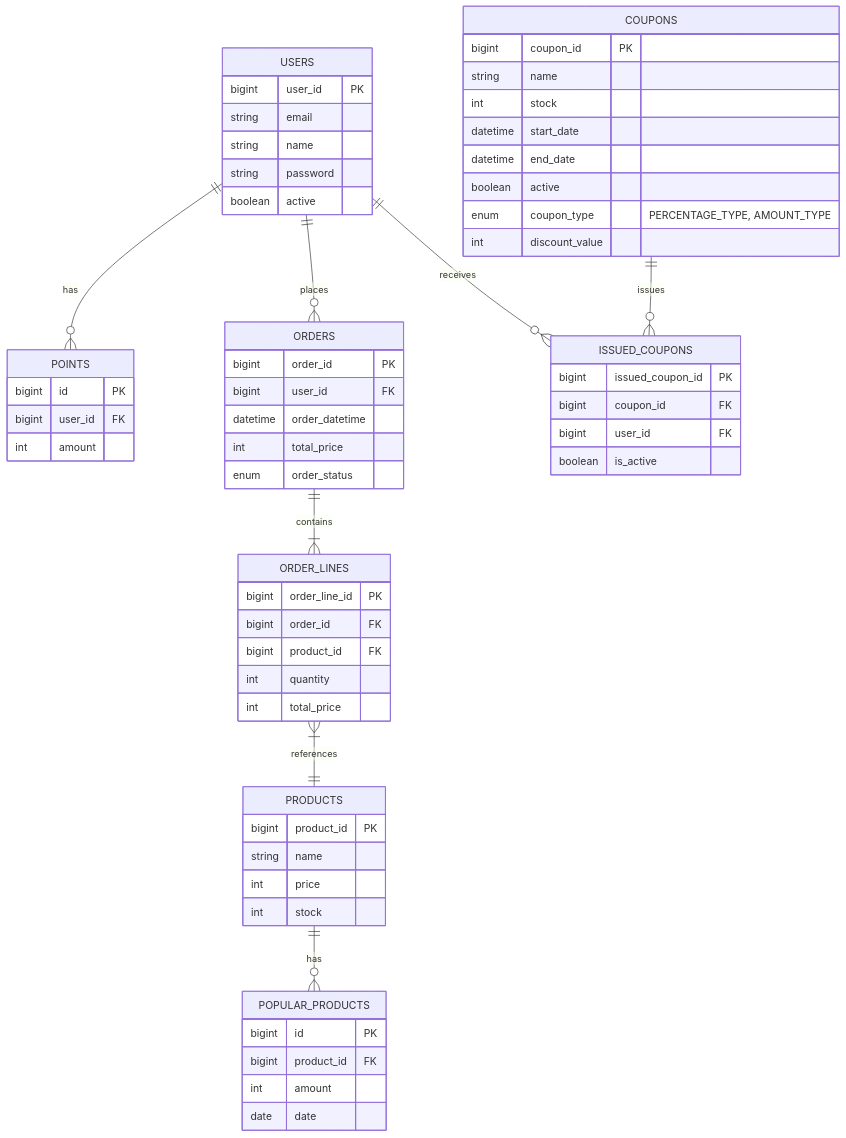
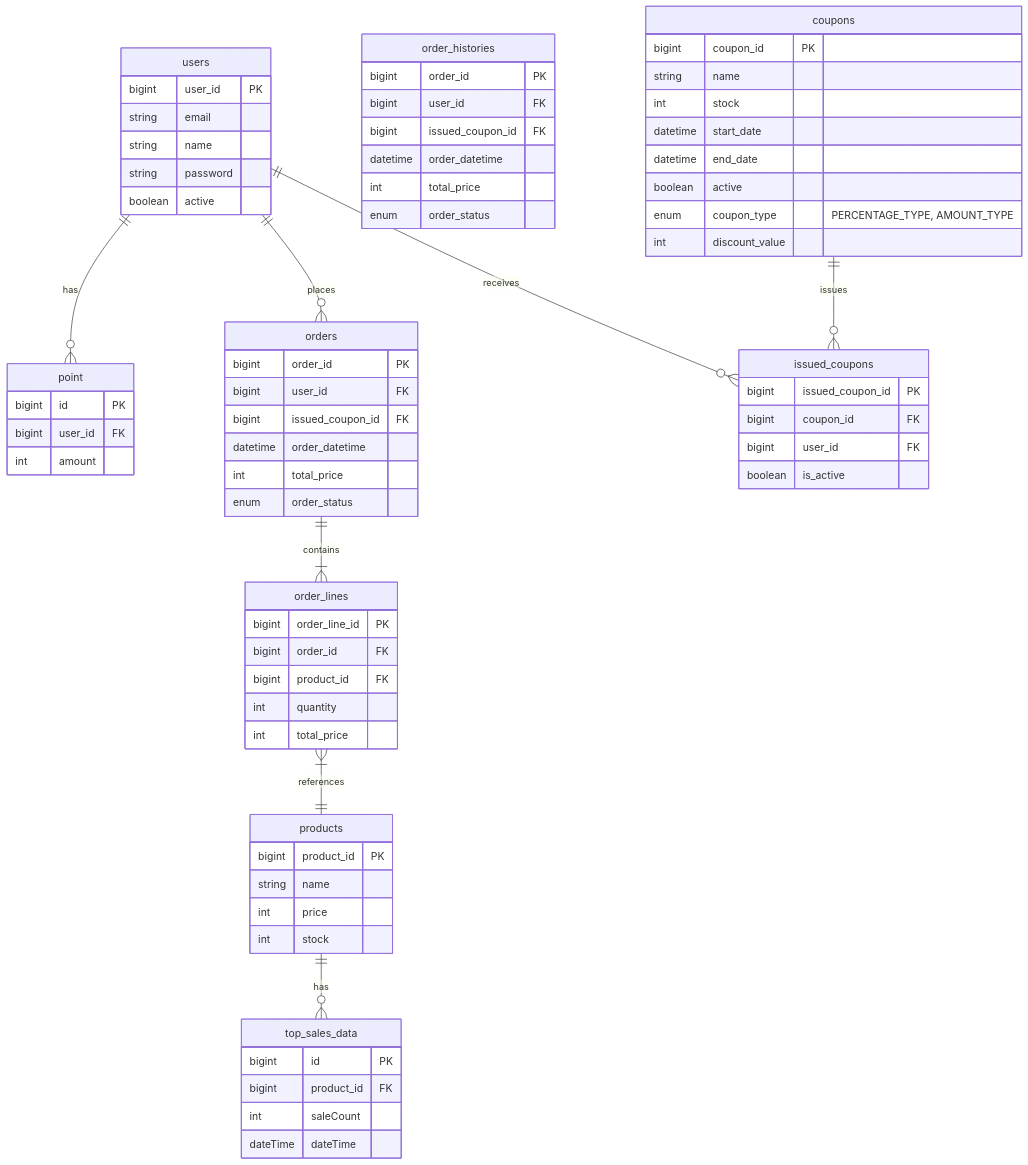
The diagram in docs/erd/mysqlerd.mermaid (lostcatbox/hhplus-e-commerce-server), drawn with Mermaid before and after one commit. The commit also changed 1 other file, not shown here.

Commit message:
[DOCS] PopularProduct 수정 및 ERD 도 명칭 및 기타 변경

```diff
--- a/docs/erd/mysqlerd.mermaid
+++ b/docs/erd/mysqlerd.mermaid
@@ -1,73 +1,79 @@
 erDiagram
-    USERS {
+    users {
         bigint user_id PK
         string email
         string name
         string password
         boolean active
     }
 
-    PRODUCTS {
+    products {
         bigint product_id PK
         string name
         int price
         int stock
     }
 
-    POPULAR_PRODUCTS {
+    top_sales_data {
         bigint id PK
         bigint product_id FK
-        int amount
-        date date
+        int saleCount
+        dateTime dateTime
     }
 
-    POINTS {
+    point {
         bigint id PK
         bigint user_id FK
         int amount
     }
 
-    ORDERS {
+    orders {
         bigint order_id PK
         bigint user_id FK
+        bigint issued_coupon_id FK
         datetime order_datetime
         int total_price
         enum order_status
     }
 
-    ORDER_LINES {
+    order_lines {
         bigint order_line_id PK
         bigint order_id FK
         bigint product_id FK
         int quantity
         int total_price
     }
+    order_histories {
+        bigint order_id PK
+        bigint user_id FK
+        bigint issued_coupon_id FK
+        datetime order_datetime
+        int total_price
+        enum order_status
+    }
 
-    COUPONS {
+    coupons {
         bigint coupon_id PK
         string name
         int stock
         datetime start_date
         datetime end_date
         boolean active
         enum coupon_type "PERCENTAGE_TYPE, AMOUNT_TYPE"
         int discount_value
     }
 
-    ISSUED_COUPONS {
+    issued_coupons {
         bigint issued_coupon_id PK
         bigint coupon_id FK
         bigint user_id FK
         boolean is_active
     }
 
-    USERS ||--o{ ORDERS : places
-    USERS ||--o{ POINTS : has
-    USERS ||--o{ ISSUED_COUPONS : receives
-
-    ORDERS ||--|{ ORDER_LINES : contains
-    ORDER_LINES }|--|| PRODUCTS : references
-
-    PRODUCTS ||--o{ POPULAR_PRODUCTS : has
-
-    COUPONS ||--o{ ISSUED_COUPONS : issues
+    users ||--o{ orders: places
+    users ||--o{ point: has
+    users ||--o{ issued_coupons: receives
+    orders ||--|{ order_lines: contains
+    order_lines }|--|| products: references
+    products ||--o{ top_sales_data: has
+    coupons ||--o{ issued_coupons: issues
```
